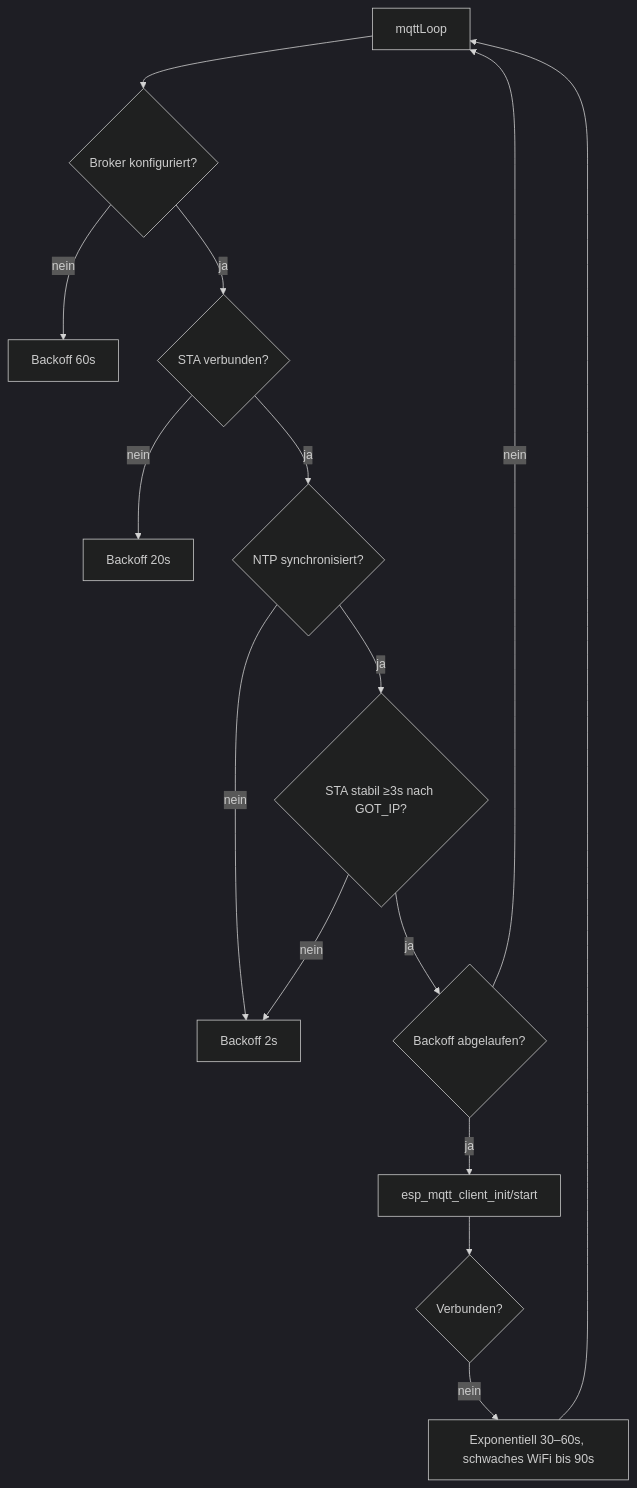
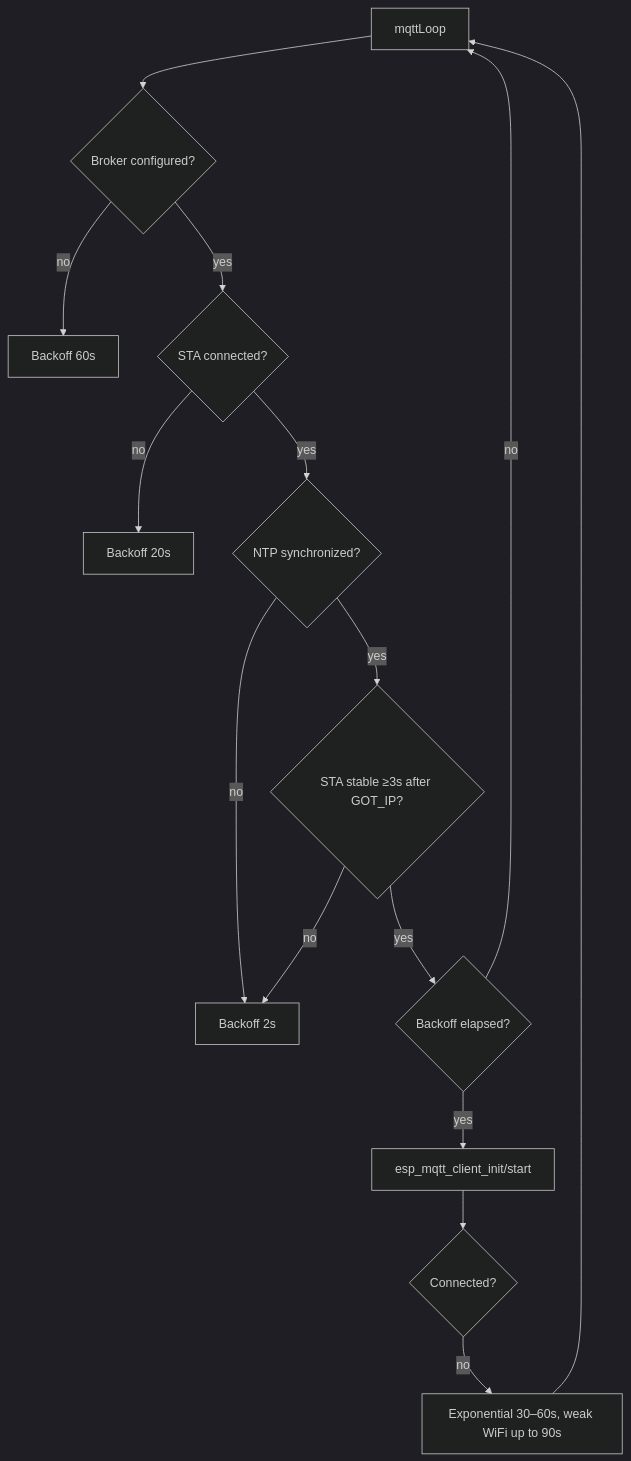
One commit to EyJunge1/chaya2mqtt changed the first of 2 diagrams in docs/MQTT.md. Above: the diagram before and after it, drawn with Mermaid (dark theme). The commit also changed other lines of this file and 43 other files, not shown here.

````diff
--- a/docs/MQTT.md
+++ b/docs/MQTT.md
@@ -83,26 +83,26 @@
 ```mermaid
 flowchart TD
     start[mqttLoop]
-    checkBroker{Broker konfiguriert?}
-    checkWifi{STA verbunden?}
-    checkNtp{NTP synchronisiert?}
-    checkStable{STA stabil ≥3s nach GOT_IP?}
-    backoff{Backoff abgelaufen?}
+    checkBroker{Broker configured?}
+    checkWifi{STA connected?}
+    checkNtp{NTP synchronized?}
+    checkStable{STA stable ≥3s after GOT_IP?}
+    backoff{Backoff elapsed?}
     connect[esp_mqtt_client_init/start]
-    connected{Verbunden?}
+    connected{Connected?}
 
     start --> checkBroker
-    checkBroker -->|nein| wait60s[Backoff 60s]
-    checkBroker -->|ja| checkWifi
-    checkWifi -->|nein| wait20s[Backoff 20s]
-    checkWifi -->|ja| checkNtp
-    checkNtp -->|nein| wait2s[Backoff 2s]
-    checkNtp -->|ja| checkStable
-    checkStable -->|nein| wait2s
-    checkStable -->|ja| backoff
-    backoff -->|nein| start
-    backoff -->|ja| connect
+    checkBroker -->|no| wait60s[Backoff 60s]
+    checkBroker -->|yes| checkWifi
+    checkWifi -->|no| wait20s[Backoff 20s]
+    checkWifi -->|yes| checkNtp
+    checkNtp -->|no| wait2s[Backoff 2s]
+    checkNtp -->|yes| checkStable
+    checkStable -->|no| wait2s
+    checkStable -->|yes| backoff
+    backoff -->|no| start
+    backoff -->|yes| connect
     connect --> connected
-    connected -->|nein| expBackoff[Exponentiell 30–60s, schwaches WiFi bis 90s]
+    connected -->|no| expBackoff[Exponential 30–60s, weak WiFi up to 90s]
     expBackoff --> start
 ```
````
